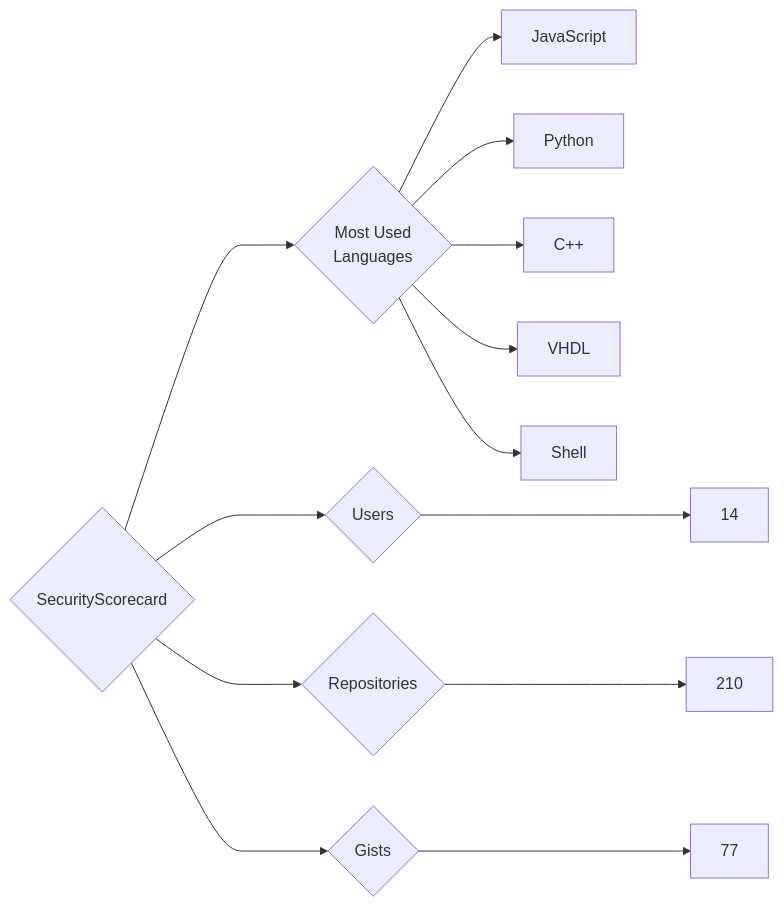
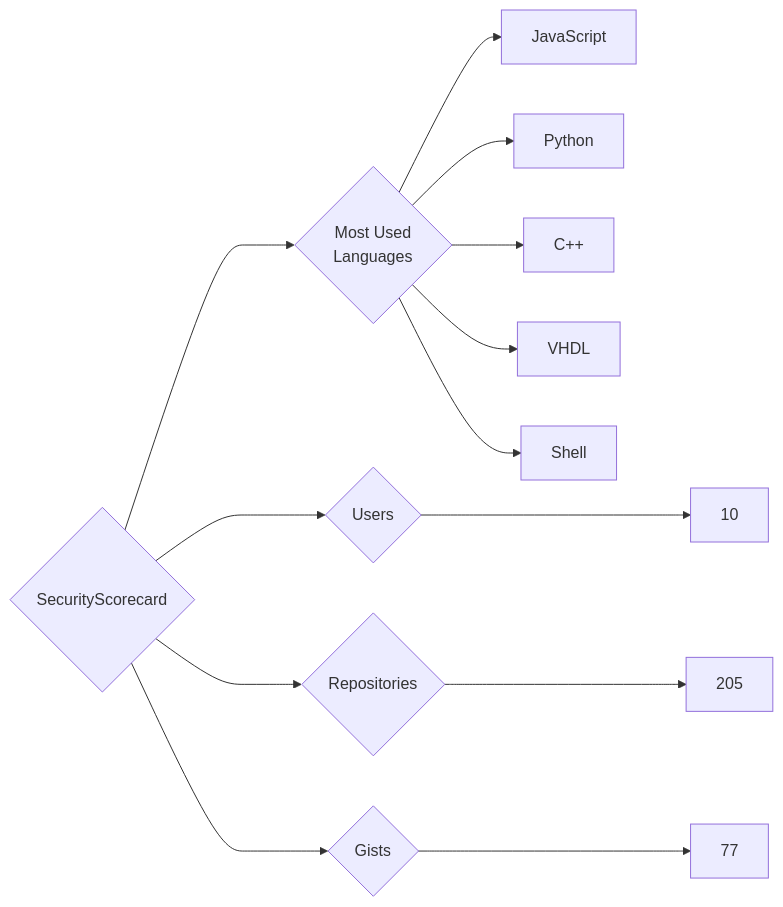
The diagram in targets/SecurityScorecard/README.md (trickest/insiders), drawn with Mermaid before and after one commit. The commit also changed 1508 other files, not shown here.

````diff
--- a/targets/SecurityScorecard/README.md
+++ b/targets/SecurityScorecard/README.md
@@ -3,13 +3,13 @@
 ```mermaid
 graph LR
 COMPANY_NAME{SecurityScorecard}
-COMPANY_NAME ---> U{Users} ---> UN[14]
-COMPANY_NAME ---> R{Repositories} ---> RN[210]
+COMPANY_NAME ---> U{Users} ---> UN[10]
+COMPANY_NAME ---> R{Repositories} ---> RN[205]
 COMPANY_NAME ---> G{Gists} ---> GN[77]
 COMPANY_NAME ---> ML{Most Used<br>Languages}
 ML --> JavaScript[JavaScript]
 ML --> Python[Python]
 ML --> C++[C++]
 ML --> VHDL[VHDL]
 ML --> Shell[Shell]
 ```
````
